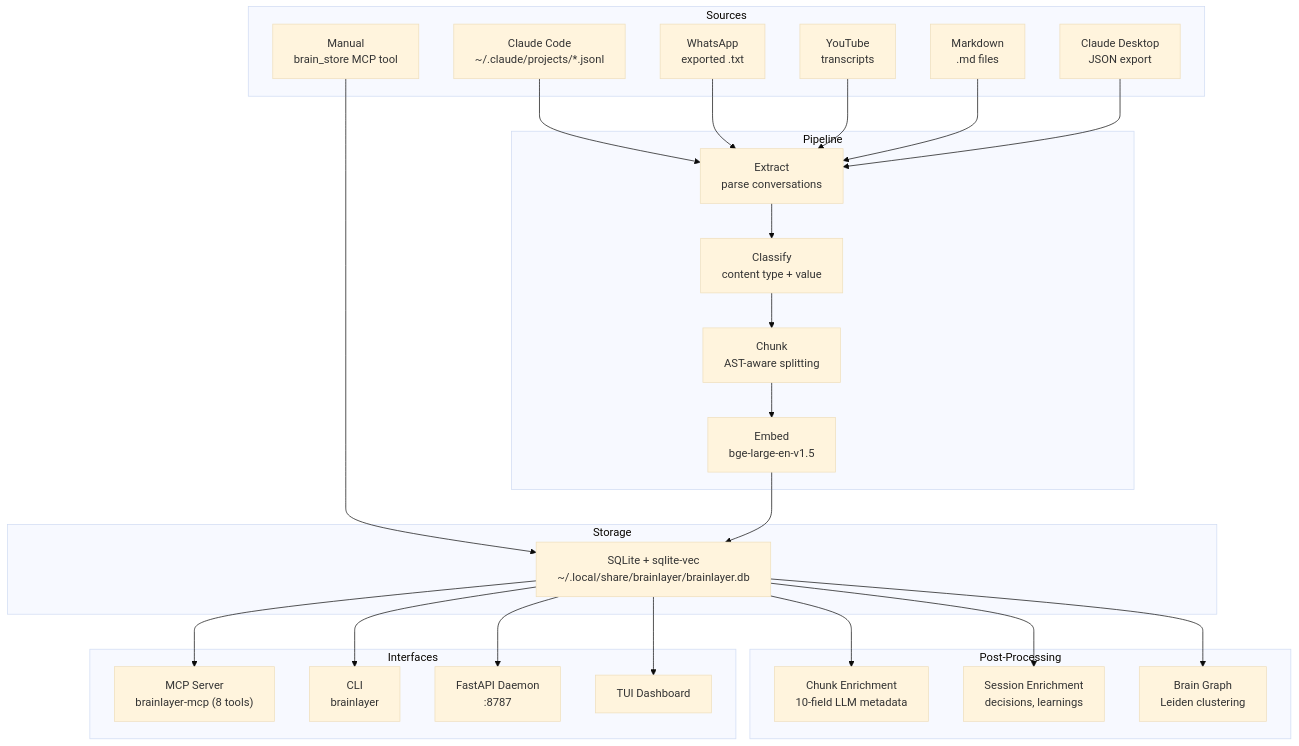
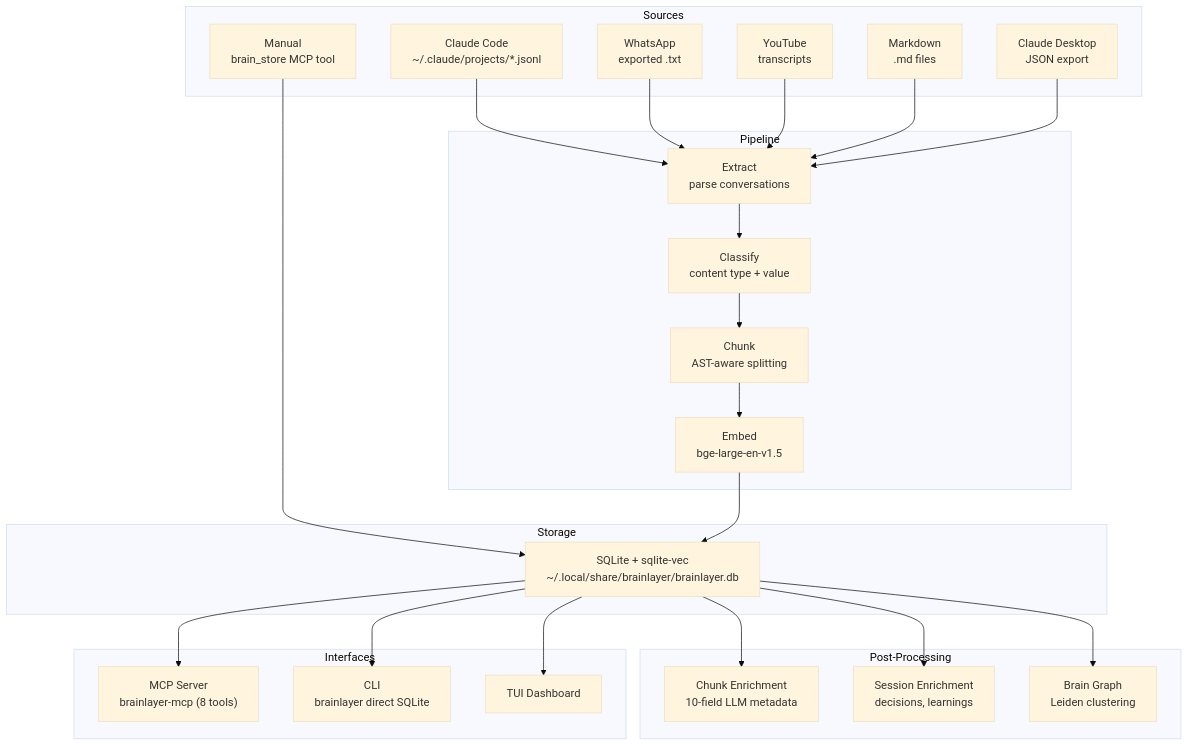
Before and after one commit to EtanHey/brainlayer: the diagram in docs/architecture.md, drawn with Mermaid (base theme). The commit also changed 14 other files, not shown here.

First line of the commit message:
fix(arch): remove FastAPI daemon

````diff
--- a/docs/architecture.md
+++ b/docs/architecture.md
@@ -7,41 +7,40 @@
 ```mermaid
 graph TD
     subgraph Sources
         A1["Claude Code<br/>~/.claude/projects/*.jsonl"]
         A2["WhatsApp<br/>exported .txt"]
         A3["YouTube<br/>transcripts"]
         A4["Markdown<br/>.md files"]
         A5["Claude Desktop<br/>JSON export"]
         A6["Manual<br/>brain_store MCP tool"]
     end
 
     subgraph Pipeline
         B1["Extract<br/>parse conversations"]
         B2["Classify<br/>content type + value"]
         B3["Chunk<br/>AST-aware splitting"]
         B4["Embed<br/>bge-large-en-v1.5"]
     end
 
     subgraph Storage
         C["SQLite + sqlite-vec<br/>~/.local/share/brainlayer/brainlayer.db"]
     end
 
     subgraph Post-Processing
         D1["Chunk Enrichment<br/>10-field LLM metadata"]
         D2["Session Enrichment<br/>decisions, learnings"]
         D3["Brain Graph<br/>Leiden clustering"]
     end
 
     subgraph Interfaces
         E1["MCP Server<br/>brainlayer-mcp (8 tools)"]
-        E2["CLI<br/>brainlayer"]
-        E3["FastAPI Daemon<br/>:8787"]
+        E2["CLI<br/>brainlayer direct SQLite"]
         E4["TUI Dashboard"]
     end
 
     A1 & A2 & A3 & A4 & A5 --> B1
     A6 --> C
     B1 --> B2 --> B3 --> B4 --> C
     C --> D1 & D2 & D3
-    C --> E1 & E2 & E3 & E4
+    C --> E1 & E2 & E4
 ```
````
